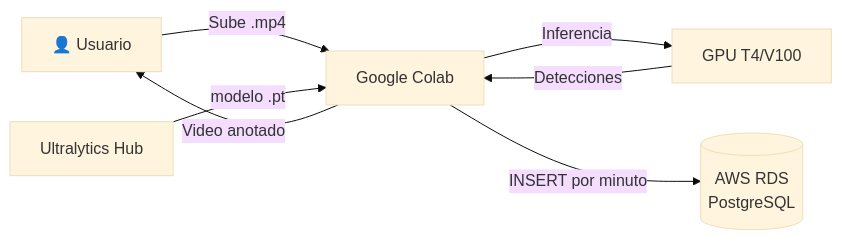
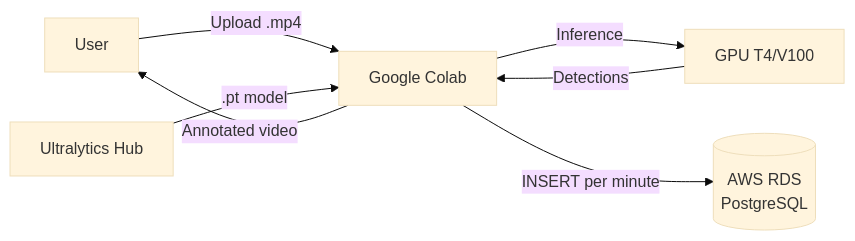
The second of 2 diagrams in Docs/DDS.md (aka-titesen/vaaet), drawn with Mermaid (base theme) before and after one commit. The commit also changed other lines of this file and 44 other files, not shown here.

````diff
--- a/Docs/DDS.md
+++ b/Docs/DDS.md
@@ -57,9 +56,9 @@
 ```mermaid
 flowchart LR
-    A[👤 Usuario] -->|Sube .mp4| B[Google Colab]
-    B -->|Inferencia| C[GPU T4/V100]
-    C -->|Detecciones| B
-    B -->|INSERT por minuto| D[(AWS RDS<br/>PostgreSQL)]
-    B -->|Video anotado| A
-    E[Ultralytics Hub] -->|modelo .pt| B
+    A[User] -->|Upload .mp4| B[Google Colab]
+    B -->|Inference| C[GPU T4/V100]
+    C -->|Detections| B
+    B -->|INSERT per minute| D[(AWS RDS<br/>PostgreSQL)]
+    B -->|Annotated video| A
+    E[Ultralytics Hub] -->|.pt model| B
 ```
````
